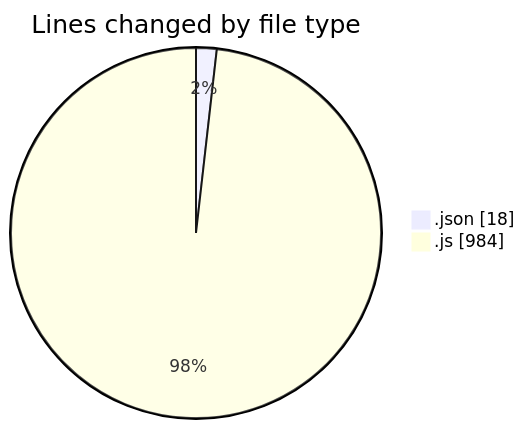
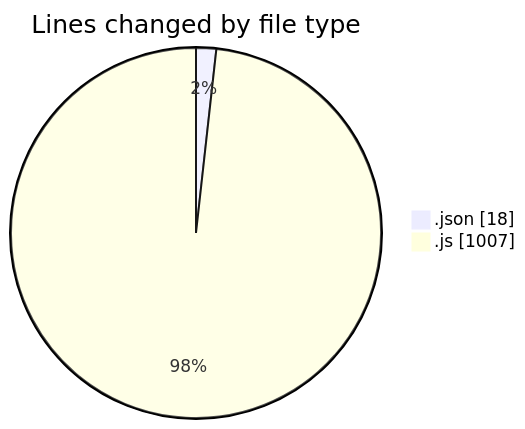
Before and after one commit to BS-eng2023/code-tracking: the first of 2 diagrams in 2025-04-01/jsvms/README.md, drawn with Mermaid. The commit also changed other lines of this file and 1 other file, not shown here.

````diff
--- a/2025-04-01/jsvms/README.md
+++ b/2025-04-01/jsvms/README.md
@@ -33,6 +35,6 @@
 ```mermaid
 pie showData
 title Lines changed by file type
 ".json" : 18
-".js" : 984
+".js" : 1007
 ```
````
